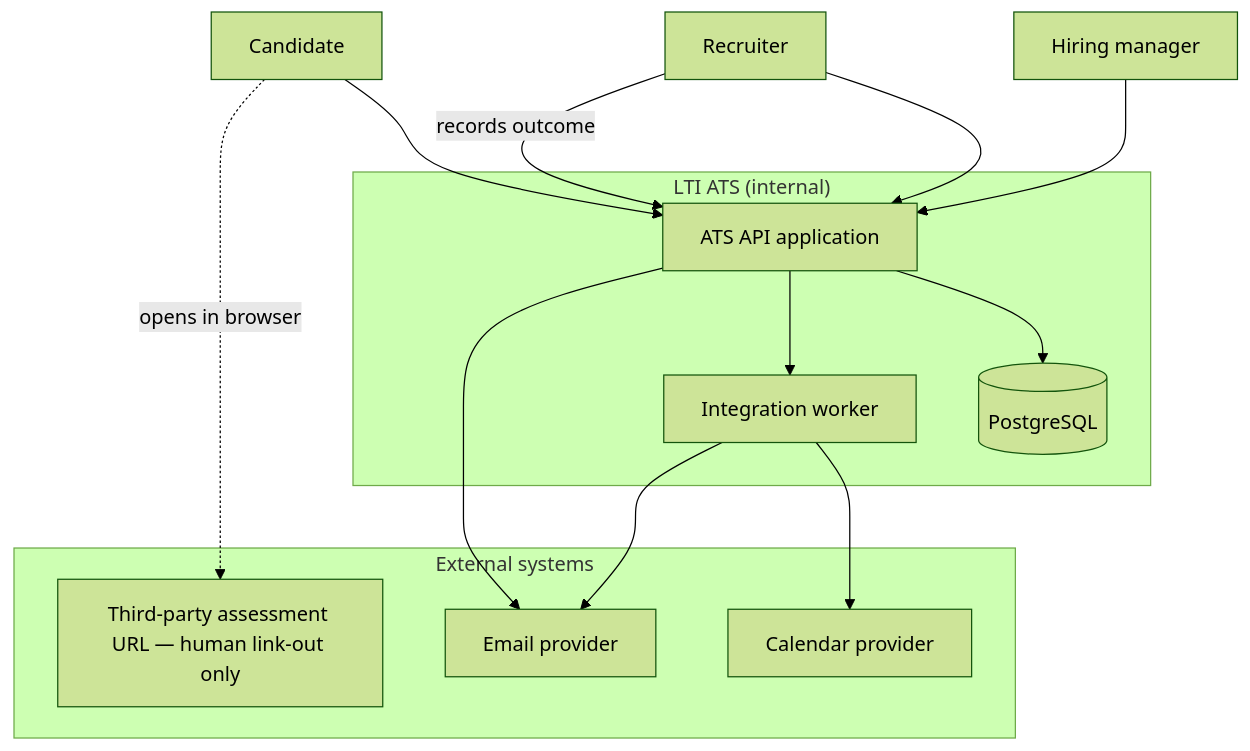
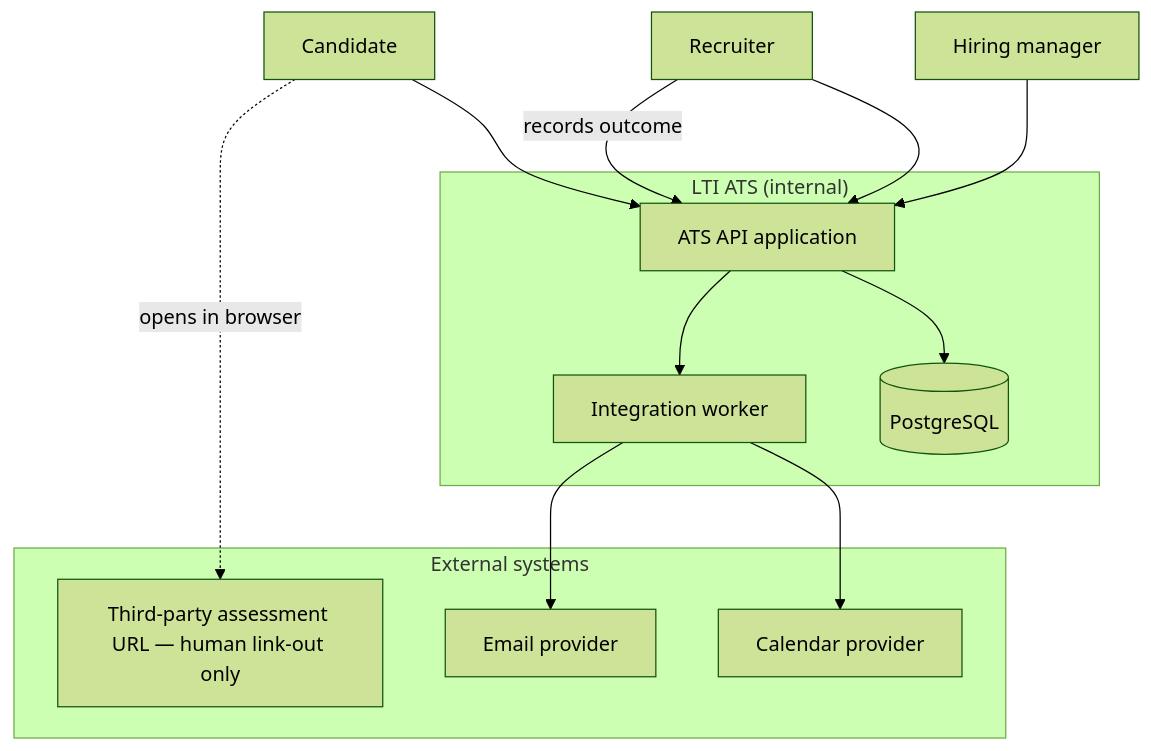
Before and after one commit to icsanabriar/AI4Devs-design-2-202602-Seniors: the fourth of 8 diagrams in LTI-ICS/LTI-ICS.md, drawn with Mermaid (forest theme). The commit also changed other lines of this file and 1 other file, not shown here.

First line of the commit message:
fix(doc): Correct diagram inconsistencies and backlog metadata in LTI-ICS

````diff
--- a/LTI-ICS/LTI-ICS.md
+++ b/LTI-ICS/LTI-ICS.md
@@ -177,23 +177,22 @@
 ```mermaid
 flowchart TB
   subgraph Internal["LTI ATS (internal)"]
     API[ATS API application]
     DB[(PostgreSQL)]
     WRK[Integration worker]
   end
   subgraph External["External systems"]
     ASMT_URL[Third-party assessment URL — human link-out only]
     CAL[Calendar provider]
     EMAIL[Email provider]
   end
   REC[Recruiter] --> API
   HM[Hiring manager] --> API
   CAN[Candidate] --> API
   CAN -.->|opens in browser| ASMT_URL
   REC -->|records outcome| API
   API --> DB
   API --> WRK
   WRK --> CAL
   WRK --> EMAIL
-  API --> EMAIL
 ```
````
